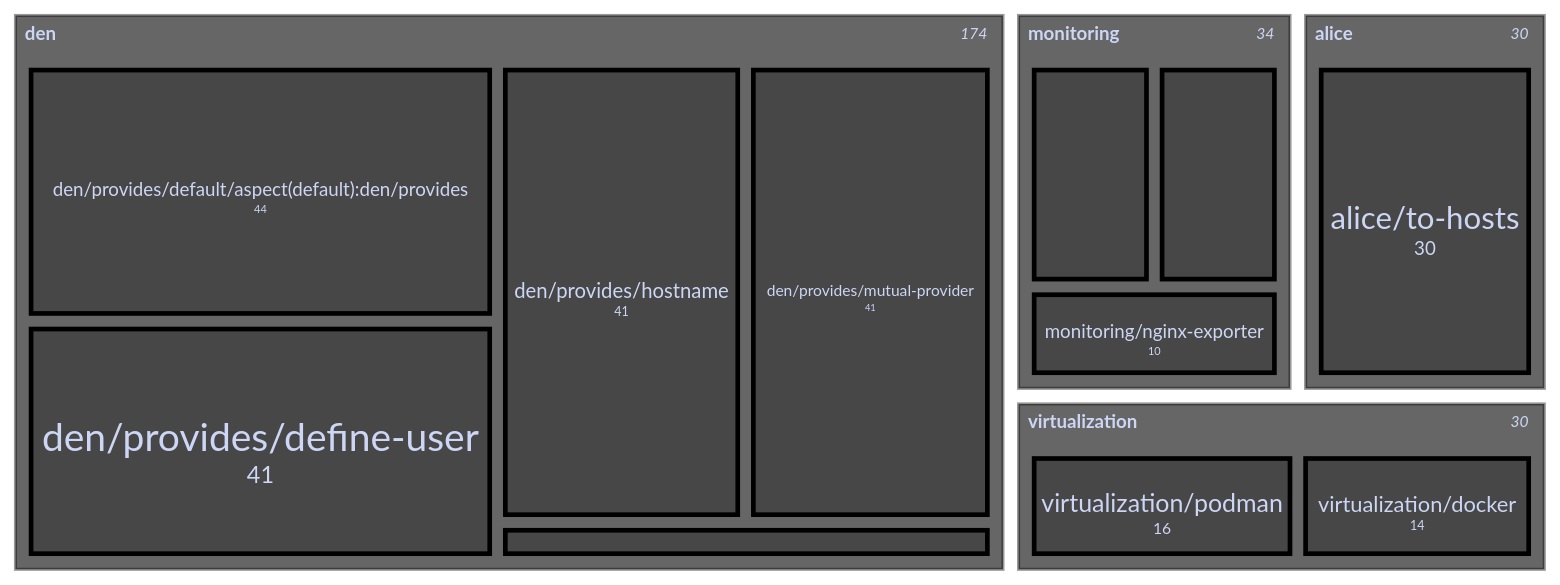
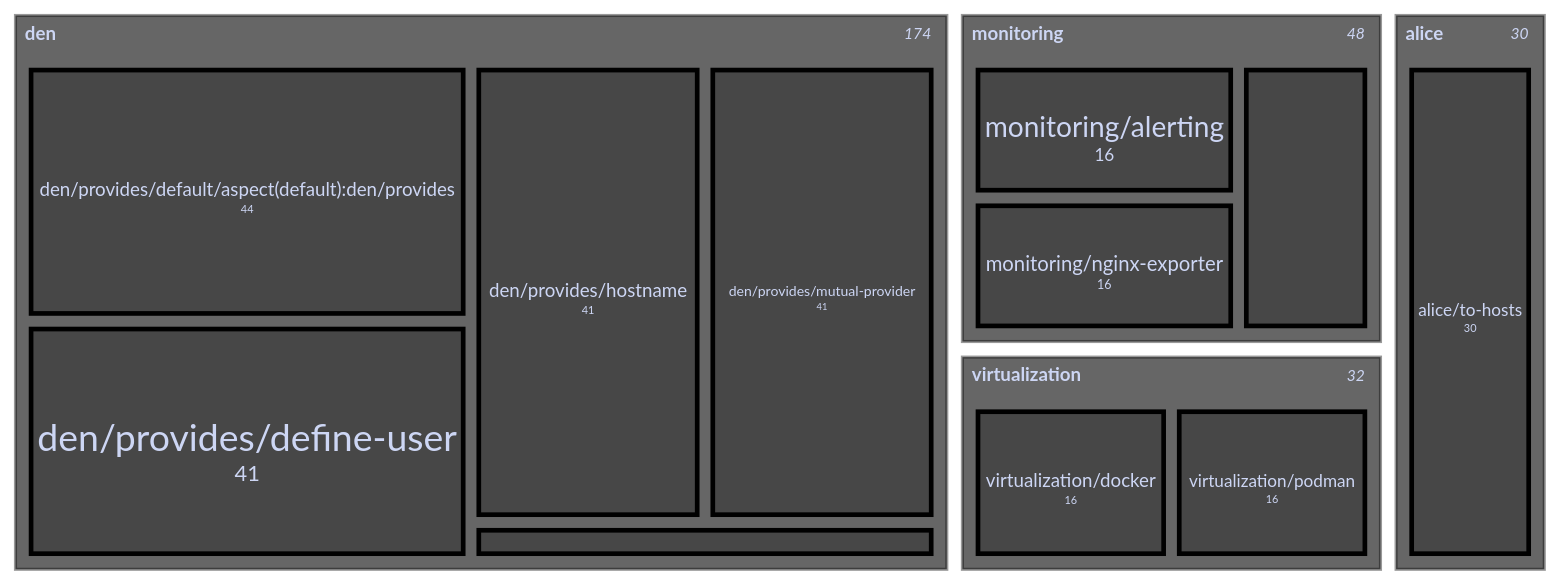
One commit to sini/den changed the diagram in templates/diag-fx-demo/diagrams/fleet-treemap.md. Above: the diagram before and after it, drawn with Mermaid. The commit also changed 526 other files, not shown here.

Commit message:
chore: update fx diagrams

````diff
--- a/templates/diag-fx-demo/diagrams/fleet-treemap.md
+++ b/templates/diag-fx-demo/diagrams/fleet-treemap.md
@@ -5,19 +5,19 @@
 ```mermaid
 %%{init: {"theme":"base","themeVariables":{"activationBkgColor":"#313244","activationBorderColor":"#6c7086","actorBkg":"#313244","actorBorder":"#a6adc8","actorLineColor":"#a6adc8","actorTextColor":"#cdd6f4","background":"#1e1e2e","classText":"#cdd6f4","clusterBkg":"#313244","clusterBorder":"#6c7086","edgeLabelBackground":"#1e1e2e","labelBoxBkgColor":"#313244","labelBoxBorderColor":"#a6adc8","labelTextColor":"#cdd6f4","lineColor":"#a6adc8","loopTextColor":"#cdd6f4","mainBkg":"#313244","nodeBkg":"#313244","nodeBorder":"#a6adc8","nodeTextColor":"#cdd6f4","noteBkgColor":"#313244","noteBorderColor":"#6c7086","noteTextColor":"#cdd6f4","pie1":"#f38ba8","pie2":"#fab387","pie3":"#f9e2af","pie4":"#a6e3a1","pie5":"#94e2d5","pie6":"#89b4fa","pie7":"#cba6f7","pie8":"#f2cdcd","pieLegendTextColor":"#cdd6f4","pieOuterStrokeColor":"#6c7086","pieSectionTextColor":"#cdd6f4","pieStrokeColor":"#6c7086","pieTitleTextColor":"#cdd6f4","primaryBorderColor":"#a6adc8","primaryColor":"#313244","primaryTextColor":"#cdd6f4","secondBkg":"#313244","secondaryBorderColor":"#6c7086","secondaryColor":"#313244","secondaryTextColor":"#cdd6f4","sequenceNumberColor":"#1e1e2e","signalColor":"#a6adc8","signalTextColor":"#cdd6f4","tertiaryBorderColor":"#6c7086","tertiaryColor":"#313244","tertiaryTextColor":"#cdd6f4","textColor":"#cdd6f4","titleColor":"#cdd6f4"}}}%%
 treemap-beta
 "alice"
     "alice/to-hosts": 30
 "den"
     "den/provides/default/aspect(default):den/provides": 44
     "den/provides/define-user": 41
     "den/provides/hostname": 41
     "den/provides/mutual-provider": 41
     "den/provides/primary-user": 7
 "monitoring"
-    "monitoring/alerting": 12
-    "monitoring/nginx-exporter": 10
-    "monitoring/node-exporter": 12
+    "monitoring/alerting": 16
+    "monitoring/nginx-exporter": 16
+    "monitoring/node-exporter": 16
 "virtualization"
-    "virtualization/docker": 14
+    "virtualization/docker": 16
     "virtualization/podman": 16
 ```
````
